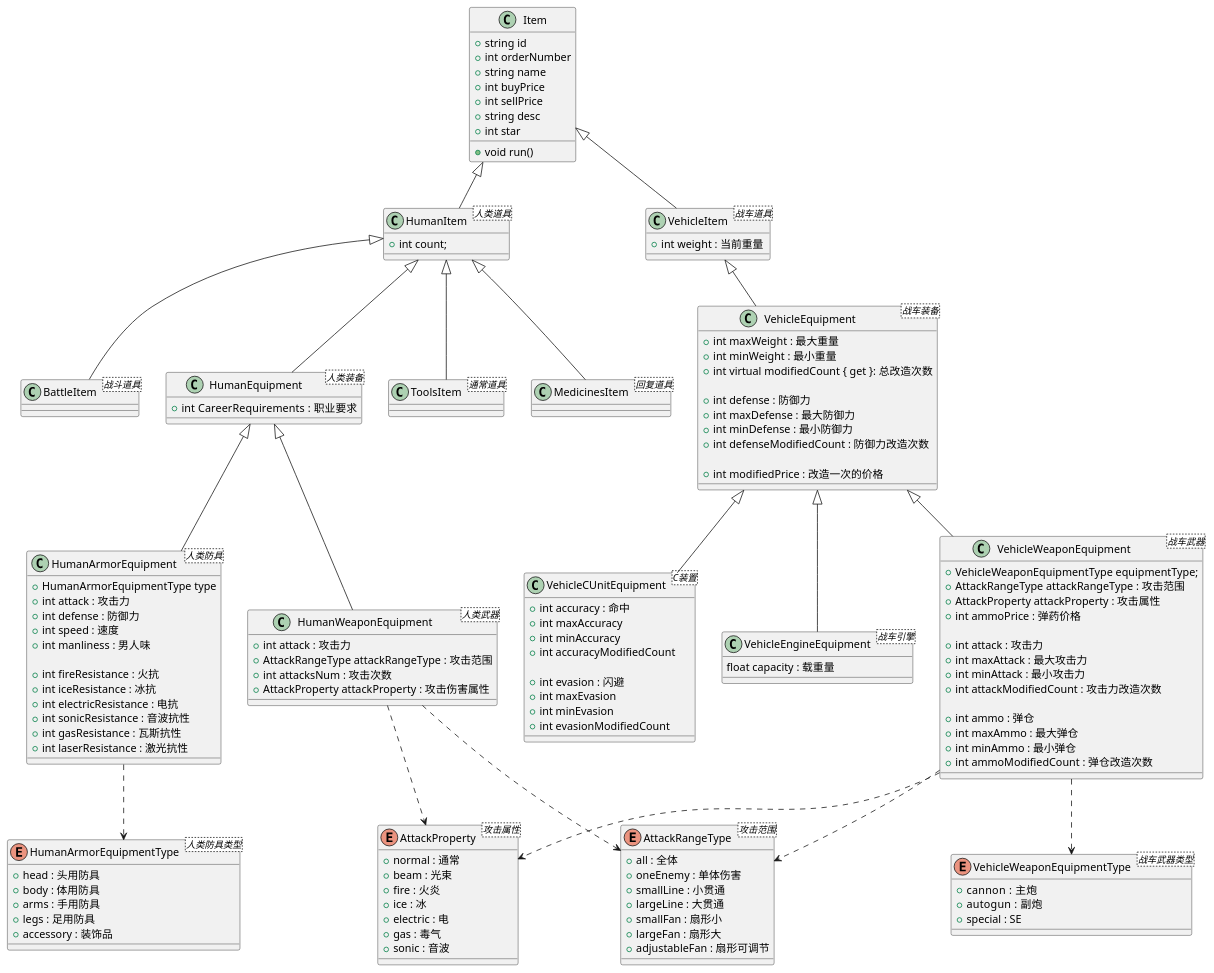
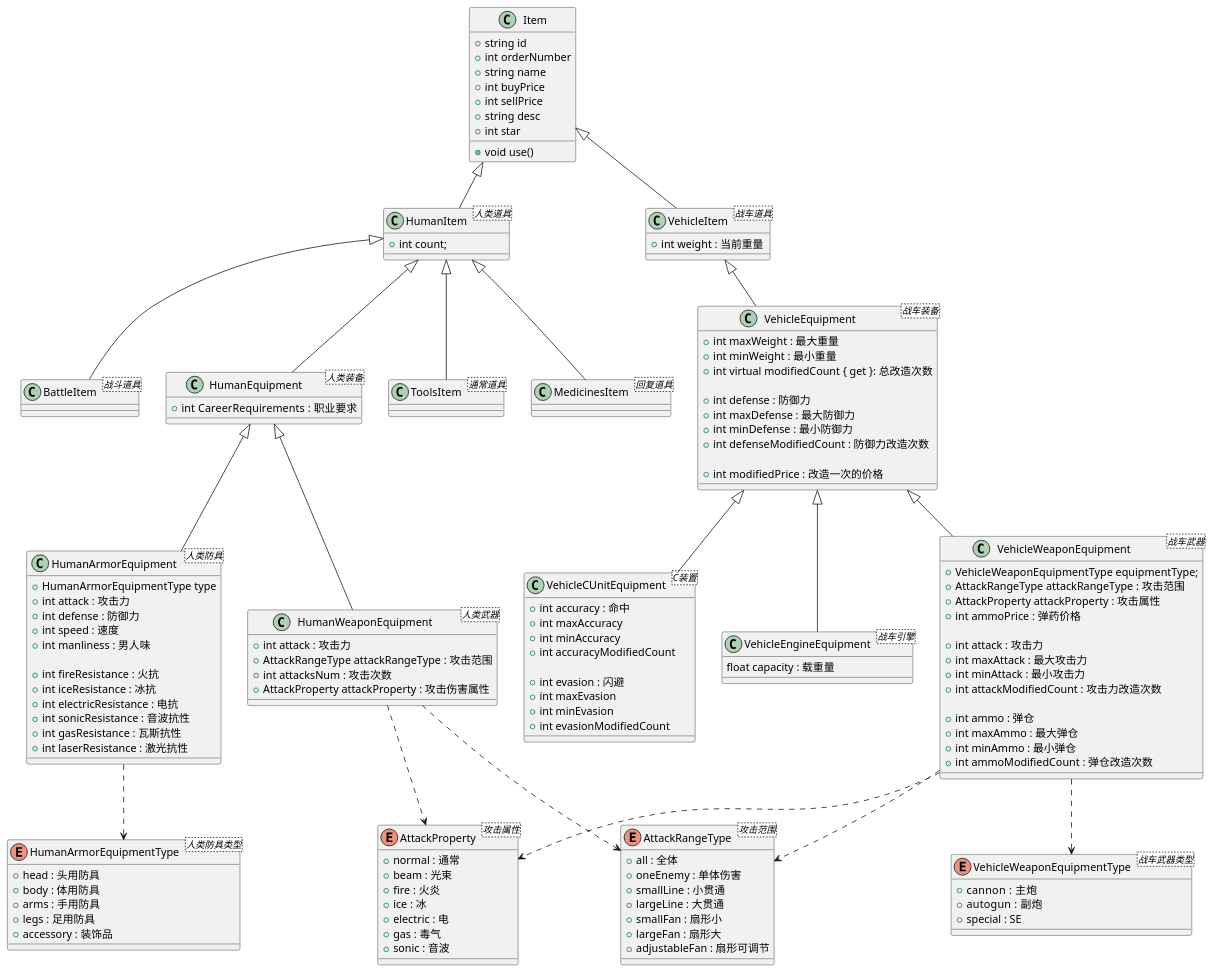
Before and after one commit to Finb/MMX: the diagram in Docs/ClassDiagram/Item.pu, drawn with PlantUML. The commit also changed 3 other files, not shown here.

```diff
--- a/Docs/ClassDiagram/Item.pu
+++ b/Docs/ClassDiagram/Item.pu
@@ -1,171 +1,171 @@
 @startuml Item 
 Item <|-- HumanItem
 HumanItem <|-- ToolsItem
 HumanItem <|-- MedicinesItem
 HumanItem <|-- BattleItem
 HumanItem <|-- HumanEquipment
 HumanEquipment <|-- HumanWeaponEquipment
 HumanWeaponEquipment ..>  AttackProperty
 HumanWeaponEquipment ..>  AttackRangeType
 HumanEquipment <|-- HumanArmorEquipment
 HumanArmorEquipment ..> HumanArmorEquipmentType
 
 Item <|-- VehicleItem
 VehicleItem <|-- VehicleEquipment
 VehicleEquipment <|-- VehicleWeaponEquipment
 VehicleWeaponEquipment ..>  AttackProperty
 VehicleWeaponEquipment ..>  AttackRangeType
 VehicleWeaponEquipment ..> VehicleWeaponEquipmentType
 VehicleEquipment <|-- VehicleCUnitEquipment
 VehicleEquipment <|-- VehicleEngineEquipment
 
 
 class Item 
 {
    + string id
    + int orderNumber
    + string name
    + int buyPrice
    + int sellPrice
    + string desc
    + int star
-   + void run()
+   + void use()
 }
 
 class HumanItem  <人类道具>
 {
     + int count;
 }
 class ToolsItem <通常道具>
 {
     
 }
 class MedicinesItem <回复道具>
 {
 
 }
 class BattleItem <战斗道具>
 {
 
 }
 class HumanEquipment <人类装备>
 {
     + int CareerRequirements :  职业要求
 }
 class HumanWeaponEquipment <人类武器>
 {
 
     + int attack : 攻击力
     + AttackRangeType attackRangeType : 攻击范围
     + int attacksNum : 攻击次数
     + AttackProperty attackProperty : 攻击伤害属性
 }
 
 class HumanArmorEquipment <人类防具>
 {
     + HumanArmorEquipmentType type
     + int attack : 攻击力
     + int defense : 防御力
     + int speed : 速度
     + int manliness : 男人味
 
     + int fireResistance : 火抗
     + int iceResistance : 冰抗
     + int electricResistance : 电抗
     + int sonicResistance : 音波抗性
     + int gasResistance : 瓦斯抗性
     + int laserResistance : 激光抗性
 }
 
 class VehicleItem <战车道具>
 {
     + int weight : 当前重量
 }
 
 class VehicleEquipment <战车装备>
 {
     + int maxWeight : 最大重量
     + int minWeight : 最小重量
     + int virtual modifiedCount { get }: 总改造次数 
 
     + int defense : 防御力
     + int maxDefense : 最大防御力
     + int minDefense : 最小防御力
     + int defenseModifiedCount : 防御力改造次数
 
     + int modifiedPrice : 改造一次的价格
 }
 
 class VehicleWeaponEquipment <战车武器>
 {
     + VehicleWeaponEquipmentType equipmentType;
     + AttackRangeType attackRangeType : 攻击范围
     + AttackProperty attackProperty : 攻击属性
     + int ammoPrice : 弹药价格
 
     + int attack : 攻击力
     + int maxAttack : 最大攻击力
     + int minAttack : 最小攻击力
     + int attackModifiedCount : 攻击力改造次数
 
     + int ammo : 弹仓
     + int maxAmmo : 最大弹仓
     + int minAmmo : 最小弹仓
     + int ammoModifiedCount : 弹仓改造次数
 }
 
 class VehicleCUnitEquipment <C装置>
 {
     
     + int accuracy : 命中
     + int maxAccuracy
     + int minAccuracy
     + int accuracyModifiedCount
 
     + int evasion : 闪避
     + int maxEvasion
     + int minEvasion
     + int evasionModifiedCount
 }
 
 class VehicleEngineEquipment <战车引擎>
 {
     float capacity : 载重量
 }
 
 enum HumanArmorEquipmentType <人类防具类型>
 {
     + head : 头用防具
     + body : 体用防具
     + arms : 手用防具
     + legs : 足用防具
     + accessory : 装饰品
 }
 enum VehicleWeaponEquipmentType <战车武器类型>
 {
     + cannon  : 主炮
     + autogun  : 副炮
     + special : SE
 }
 enum AttackProperty <攻击属性>
 {
     + normal : 通常
     + beam : 光束
     + fire : 火炎
     + ice : 冰
     + electric : 电
     + gas : 毒气
     + sonic : 音波
 }
 enum AttackRangeType <攻击范围>
 {
     + all : 全体  
     + oneEnemy : 单体伤害  
     + smallLine : 小贯通  
     + largeLine : 大贯通  
     + smallFan : 扇形小  
     + largeFan : 扇形大  
     + adjustableFan : 扇形可调节  
 }
 
 @enduml
```
